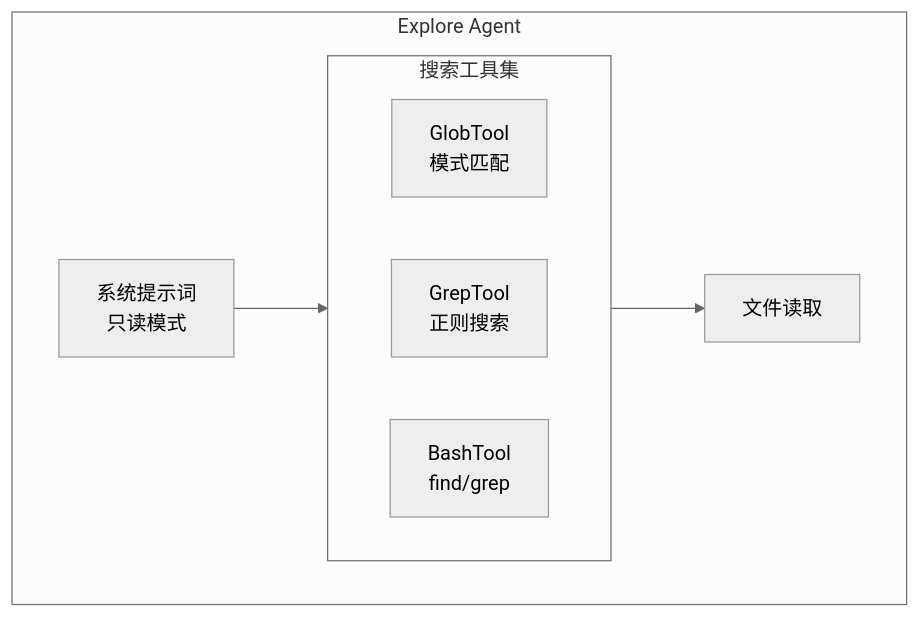
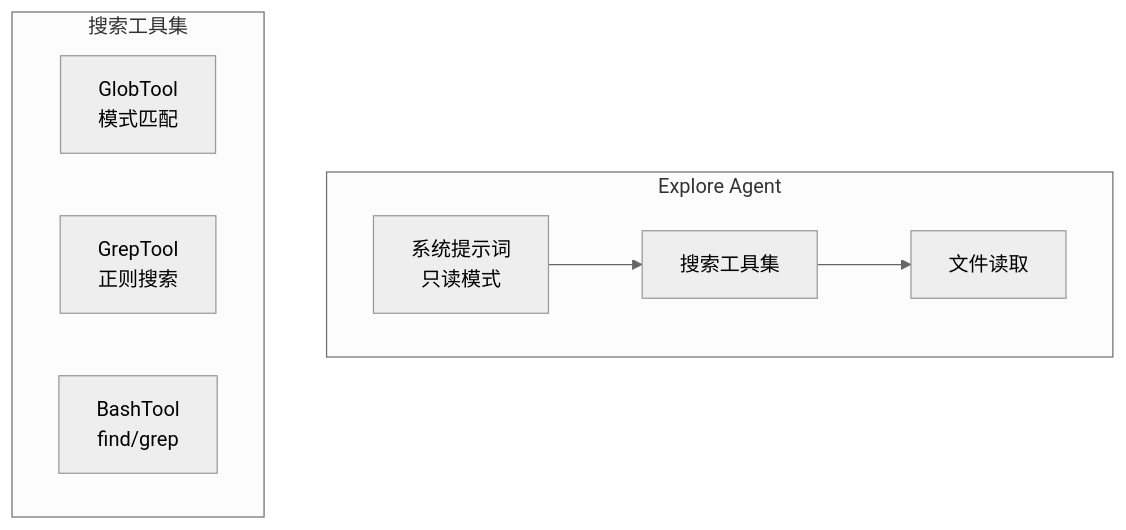
One commit to niuma996/claude-code-sourcemap-wiki changed the first of 2 diagrams in .nium-wiki/wiki/agent/built-in/explore-agent.md. Above: the diagram before and after it, drawn with Mermaid (neutral theme). The commit also changed 1976 other files, not shown here.

````diff
--- a/.nium-wiki/wiki/agent/built-in/explore-agent.md
+++ b/.nium-wiki/wiki/agent/built-in/explore-agent.md
@@ -39,15 +39,15 @@
 ```mermaid
 flowchart TB
     subgraph ExploreAgent["Explore Agent"]
         SystemPrompt["系统提示词<br/>只读模式"]
         SearchTools["搜索工具集"]
         FileRead["文件读取"]
     end
-    subgraph SearchTools["搜索工具集"]
+    subgraph SearchTools_sub["搜索工具集"]
         Glob["GlobTool<br/>模式匹配"]
         Grep["GrepTool<br/>正则搜索"]
         Bash["BashTool<br/>find/grep"]
     end
     SystemPrompt --> SearchTools
     SearchTools --> FileRead
 ```
````
